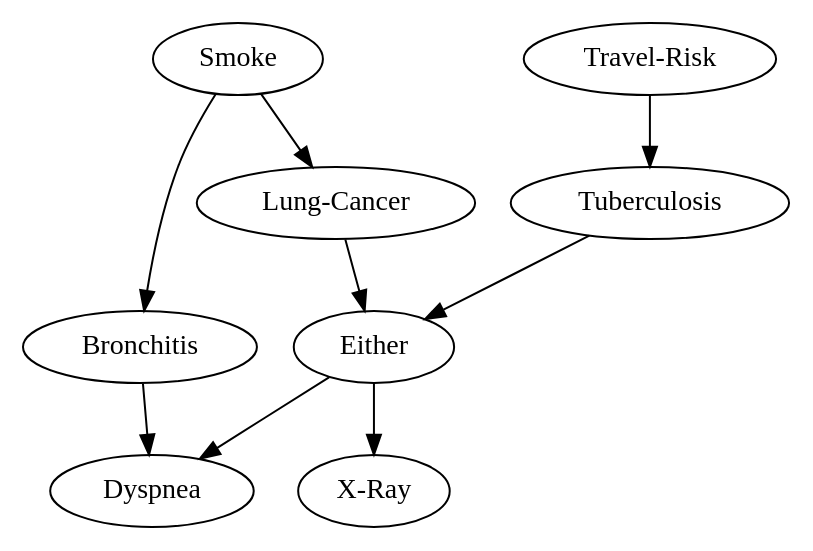
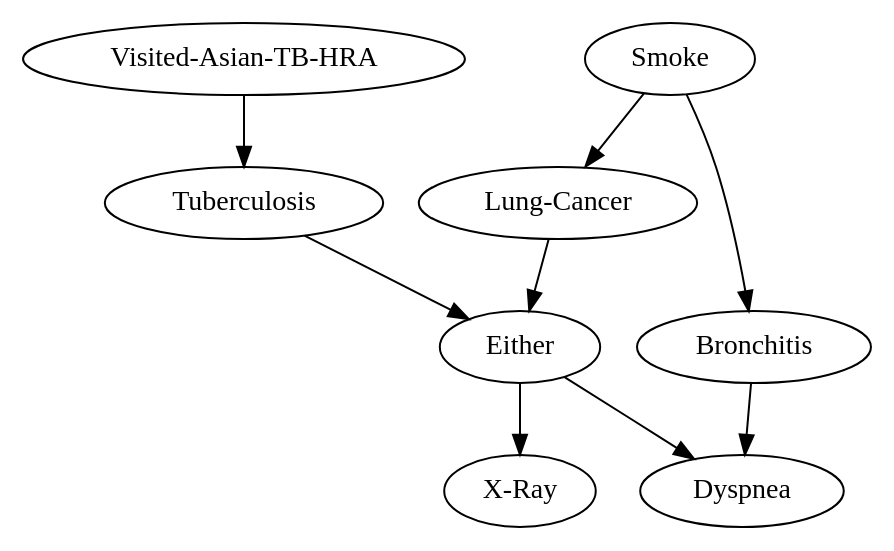
Before and after one commit to artiste-qb-net/quantum-fog: the diagram in examples_cbnets/asia.dot, drawn with Graphviz. The commit also changed 66 other files, not shown here.

```diff
--- a/examples_cbnets/asia.dot
+++ b/examples_cbnets/asia.dot
@@ -1,18 +1,18 @@
 strict digraph "" {
+"Visited-Asian-TB-HRA";
+Smoke;
+Dyspnea;
+Bronchitis;
+"Lung-Cancer";
 Tuberculosis;
-"Travel-Risk";
-"Lung-Cancer";
+Either;
 "X-Ray";
-Either;
-Dyspnea;
-Smoke;
-Bronchitis;
-Tuberculosis -> Either;
-"Travel-Risk" -> Tuberculosis;
-"Lung-Cancer" -> Either;
-Either -> "X-Ray";
-Either -> Dyspnea;
+"Visited-Asian-TB-HRA" -> Tuberculosis;
 Smoke -> "Lung-Cancer";
 Smoke -> Bronchitis;
 Bronchitis -> Dyspnea;
+"Lung-Cancer" -> Either;
+Tuberculosis -> Either;
+Either -> Dyspnea;
+Either -> "X-Ray";
 }
```
